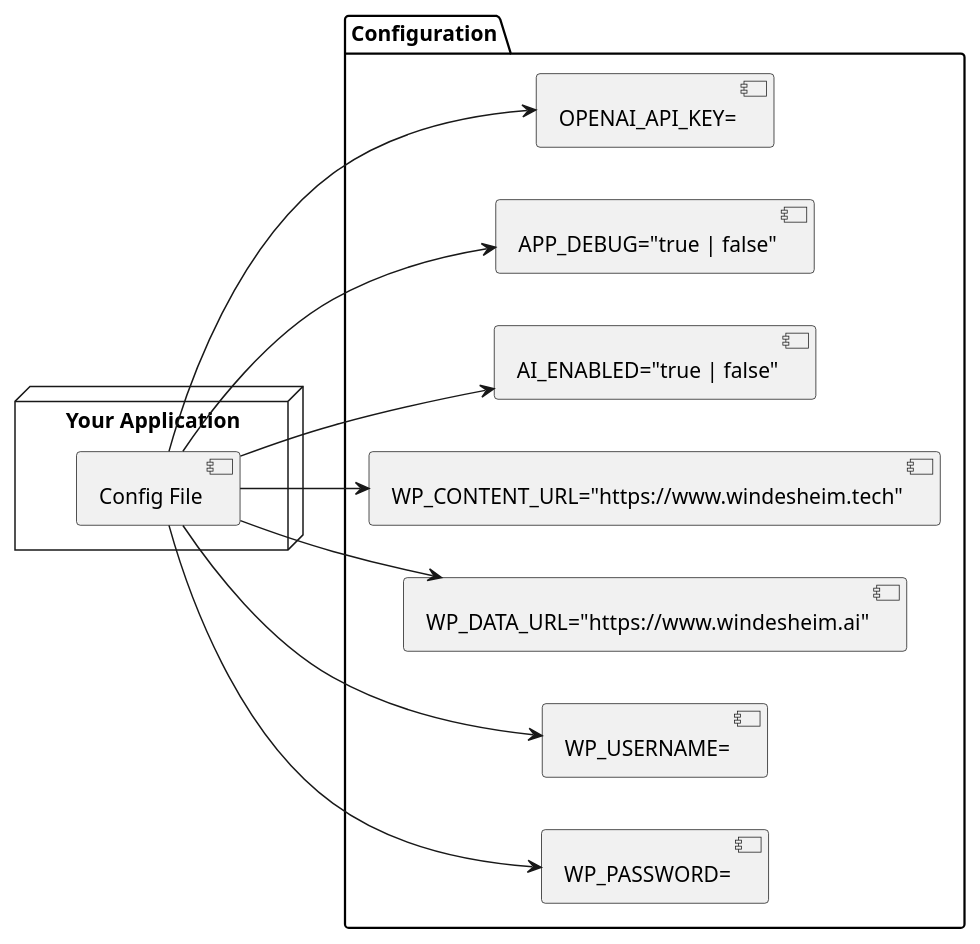
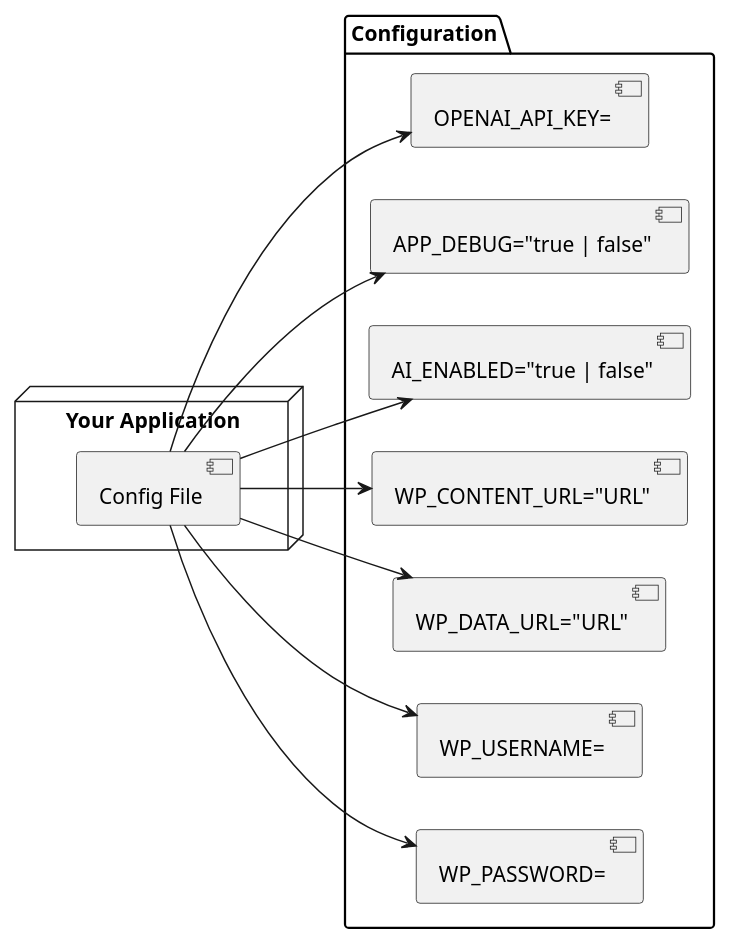
One commit to Windesheim-AI/UML-diagrams changed the diagram in tdd/environment-variables.puml. Above: the diagram before and after it, drawn with PlantUML.

Commit message:
refactor: :construction: removed the urls and replaced it with "URL"

```diff
--- a/tdd/environment-variables.puml
+++ b/tdd/environment-variables.puml
@@ -1,25 +1,25 @@
 @startuml MyDiagram
 left to right direction
 
 package "Configuration" {
     [OPENAI_API_KEY=]
     [APP_DEBUG="true | false"]
     [AI_ENABLED="true | false"]
-    [WP_CONTENT_URL="https://www.windesheim.tech"]
-    [WP_DATA_URL="https://www.windesheim.ai"]
+    [WP_CONTENT_URL="URL"]
+    [WP_DATA_URL="URL"]
     [WP_USERNAME=]
     [WP_PASSWORD=]
 }
 
 node "Your Application" {
     [Config File] 
     [Config File] --> [OPENAI_API_KEY=]
     [Config File] --> [APP_DEBUG="true | false"]
     [Config File] --> [AI_ENABLED="true | false"]
-    [Config File] --> [WP_CONTENT_URL="https://www.windesheim.tech"]
-    [Config File] --> [WP_DATA_URL="https://www.windesheim.ai"]
+    [Config File] --> [WP_CONTENT_URL="URL"]
+    [Config File] --> [WP_DATA_URL="URL"]
     [Config File] --> [WP_USERNAME=]
     [Config File] --> [WP_PASSWORD=]
 }
 
 @enduml
```
